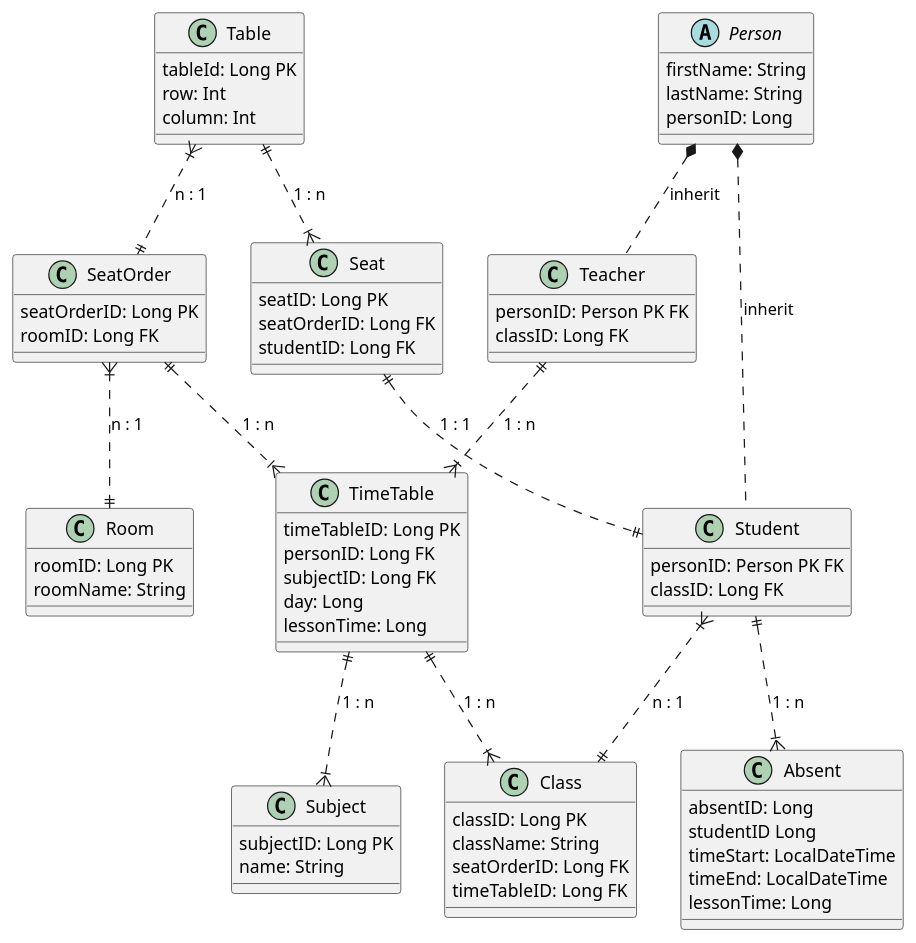
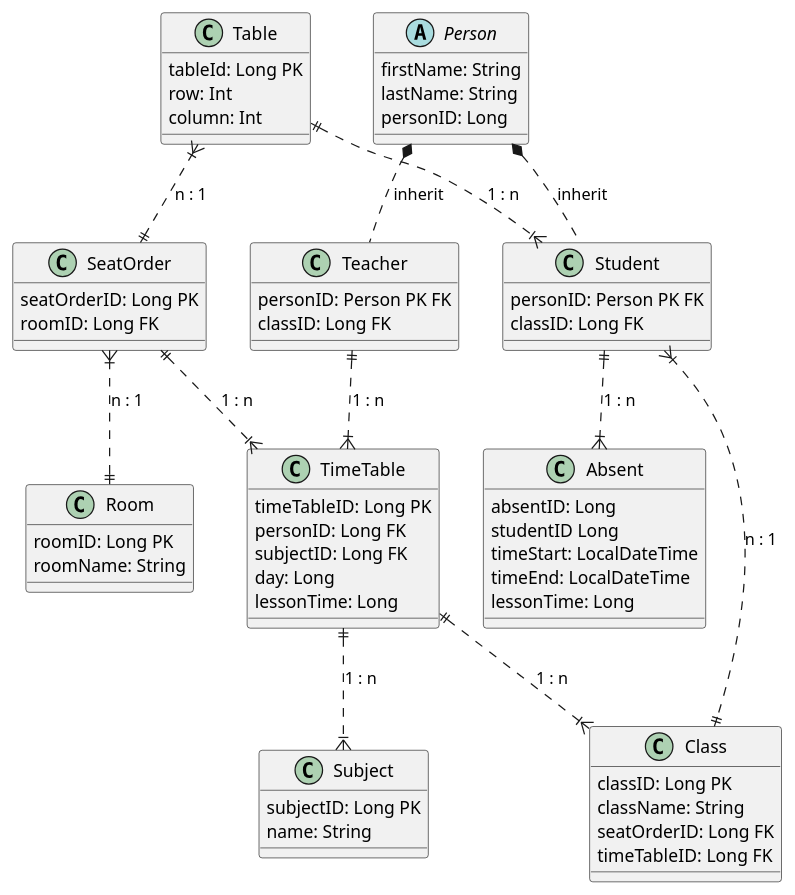
Before and after one commit to it180171/3D-WebUntis: the diagram in images/ERD.puml, drawn with PlantUML.

```diff
--- a/images/ERD.puml
+++ b/images/ERD.puml
@@ -1,90 +1,82 @@
 @startuml
 'https://plantuml.com/class-diagram
 
 
 
 class Room{
 roomID: Long PK
 roomName: String
 
 }
 
-class Seat{
-seatID: Long PK
-seatOrderID: Long FK
-studentID: Long FK
-}
-
 class SeatOrder{
 seatOrderID: Long PK
 roomID: Long FK
-
 }
 
 class Class{
 classID: Long PK
 className: String
 seatOrderID: Long FK
 timeTableID: Long FK
 }
 
 class Student{
 personID: Person PK FK
 classID: Long FK
 }
 
 class Teacher{
 personID: Person PK FK
 classID: Long FK
 }
 
 class Absent{
 absentID: Long
 studentID Long
 timeStart: LocalDateTime
 timeEnd: LocalDateTime
 lessonTime: Long
 }
 
 
 class TimeTable{
 timeTableID: Long PK
 personID: Long FK
 subjectID: Long FK
 day: Long
 lessonTime: Long
 }
 
 class Subject{
 subjectID: Long PK
 name: String
 
 }
 
 class Table {
 tableId: Long PK
 row: Int
 column: Int
 }
 
 Abstract Class Person{
 firstName: String
 lastName: String
 personID: Long
 }
 
 Person *.. Student : inherit
 Person *.. Teacher : inherit
 TimeTable ||..|{ Subject : 1 : n
 Student }|..|| Class : n : 1
 TimeTable ||..|{ Class : 1 : n
 Student ||..|{ Absent: 1 : n
-Student ||.up.|| Seat : 1 : 1
 SeatOrder }|..|| Room : n : 1
 Table }|..|| SeatOrder : n : 1
-Table ||..|{ Seat : 1 : n
+Table ||..|{ Student : 1 : n
 Teacher ||..|{ TimeTable : 1 : n
 SeatOrder ||..|{ TimeTable : 1 : n
 
 
 @enduml
```
